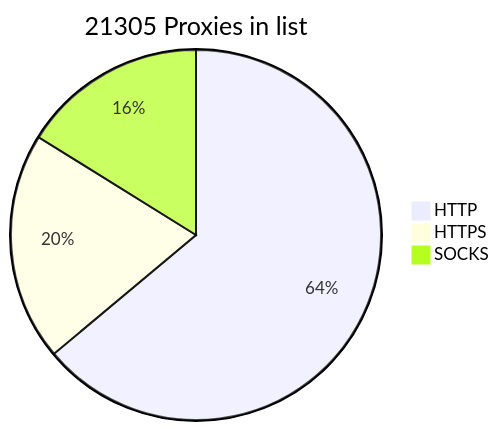
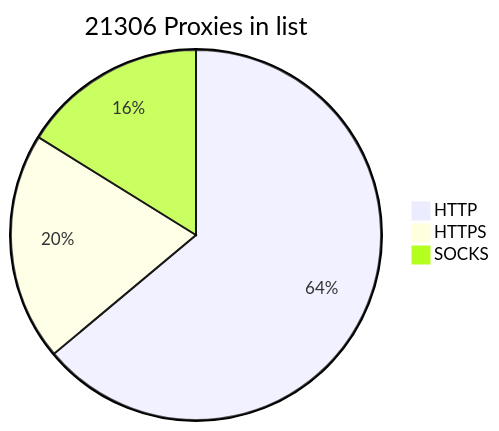
Before and after one commit to BlackSnowDot/proxylist-update-every-minute: the diagram in README.md, drawn with Mermaid.

````diff
--- a/README.md
+++ b/README.md
@@ -2,6 +2,6 @@
 ```mermaid
-pie title 21305 Proxies in list
-    "HTTP" : 15568
+pie title 21306 Proxies in list
+    "HTTP" : 15569
     "HTTPS": 4856
-    "SOCKS" : 3934
+    "SOCKS" : 3935
 ```
````
